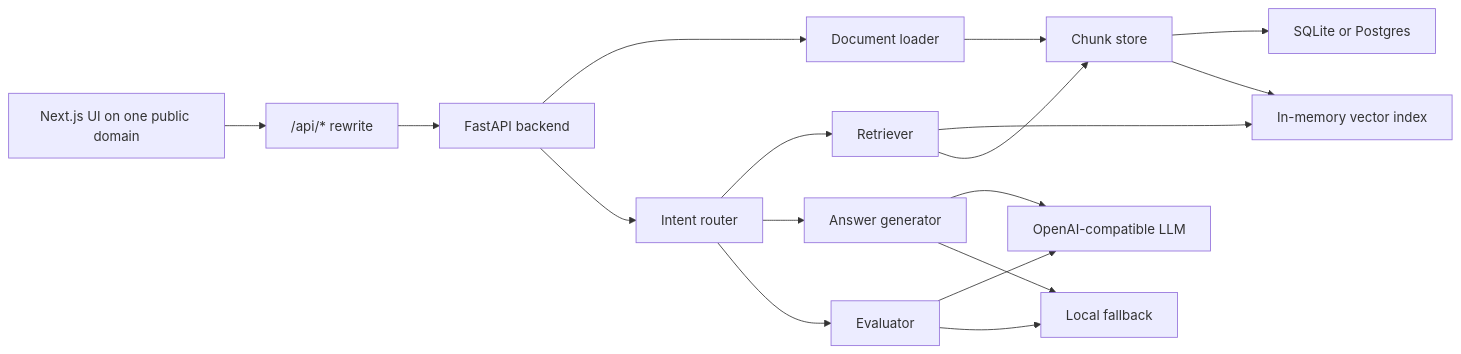
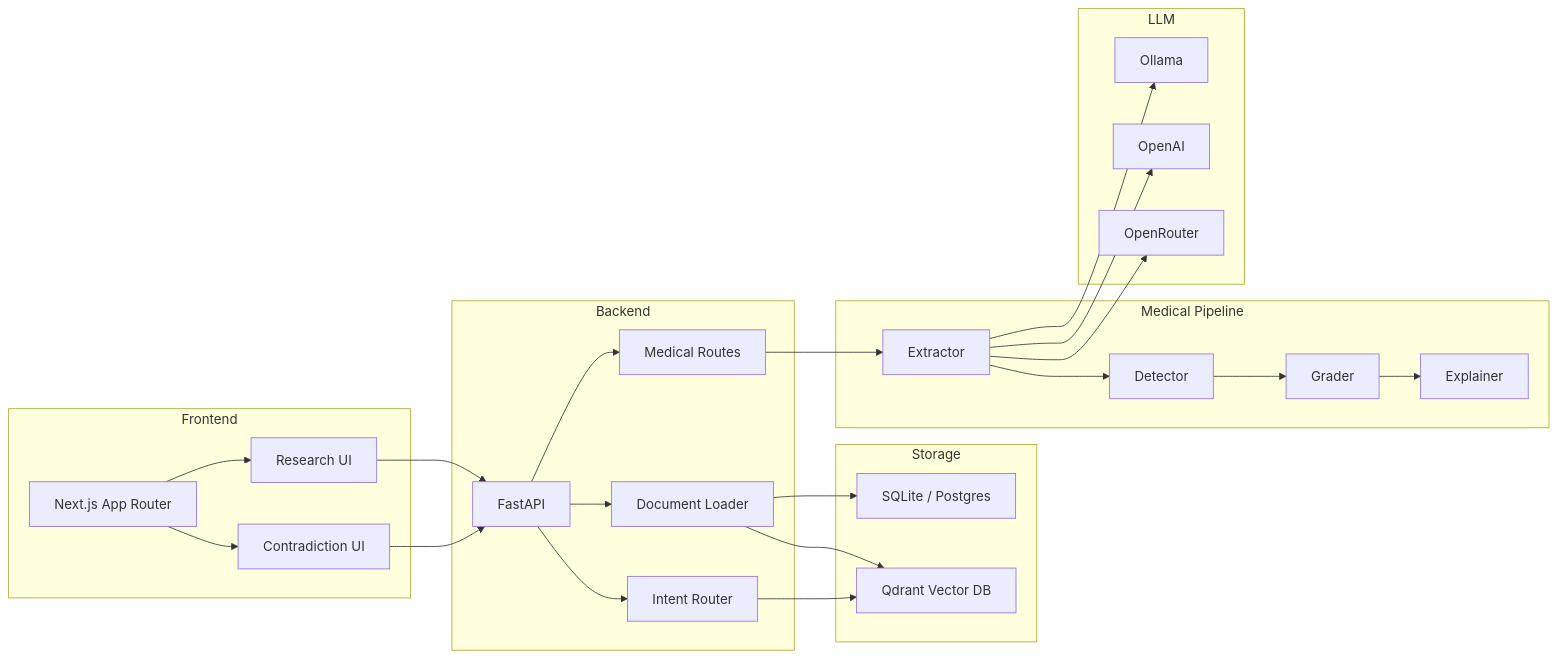
Before and after one commit to vivekvx/CiteMind: the diagram in README.md, drawn with Mermaid. The commit also changed other lines of this file, not shown here.

First line of the commit message:
Polish README with MedContradict docs, architecture diagram, and API reference

````diff
--- a/README.md
+++ b/README.md
@@ -33,19 +39,36 @@
 ```mermaid
 flowchart LR
-    A["Next.js UI on one public domain"] --> B["/api/* rewrite"]
-    B --> C["FastAPI backend"]
-    C --> D["Document loader"]
-    D --> E["Chunk store"]
-    E --> F["SQLite or Postgres"]
-    E --> G["In-memory vector index"]
-    C --> H["Intent router"]
-    H --> I["Retriever"]
-    I --> G
-    I --> E
-    H --> J["Answer generator"]
-    J --> K["OpenAI-compatible LLM"]
-    J --> L["Local fallback"]
-    H --> M["Evaluator"]
-    M --> K
-    M --> L
+    subgraph Frontend
+        A[Next.js App Router] --> B[Research UI]
+        A --> C[Contradiction UI]
+    end
+    subgraph Backend
+        D[FastAPI]
+        D --> E[Document Loader]
+        D --> F[Intent Router]
+        D --> G[Medical Routes]
+    end
+    subgraph Storage
+        H[SQLite / Postgres]
+        I[Qdrant Vector DB]
+    end
+    subgraph Medical Pipeline
+        G --> J[Extractor]
+        J --> K[Detector]
+        K --> L[Grader]
+        L --> M[Explainer]
+    end
+    subgraph LLM
+        N[Ollama]
+        O[OpenAI]
+        P[OpenRouter]
+    end
+    B --> D
+    C --> D
+    E --> H
+    E --> I
+    F --> I
+    J --> N
+    J --> O
+    J --> P
 ```
````
